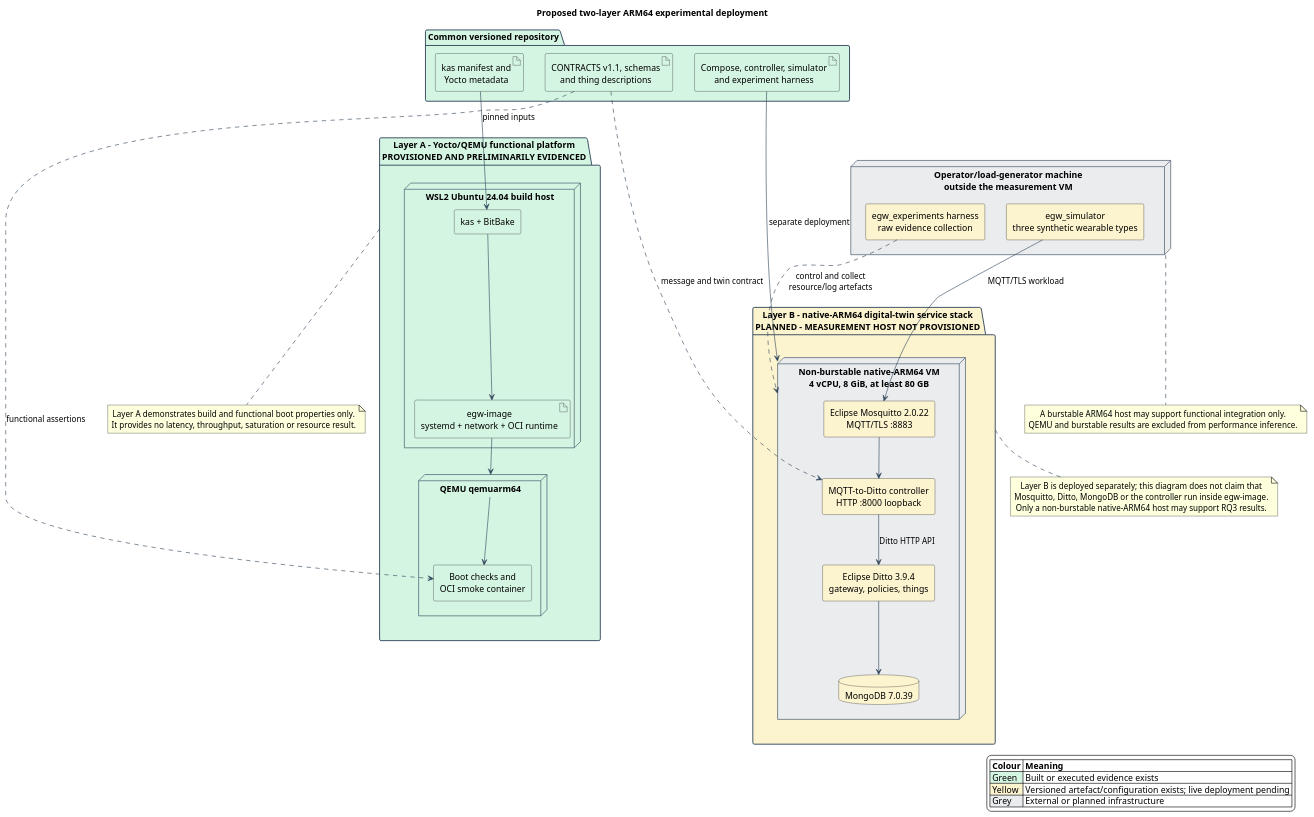
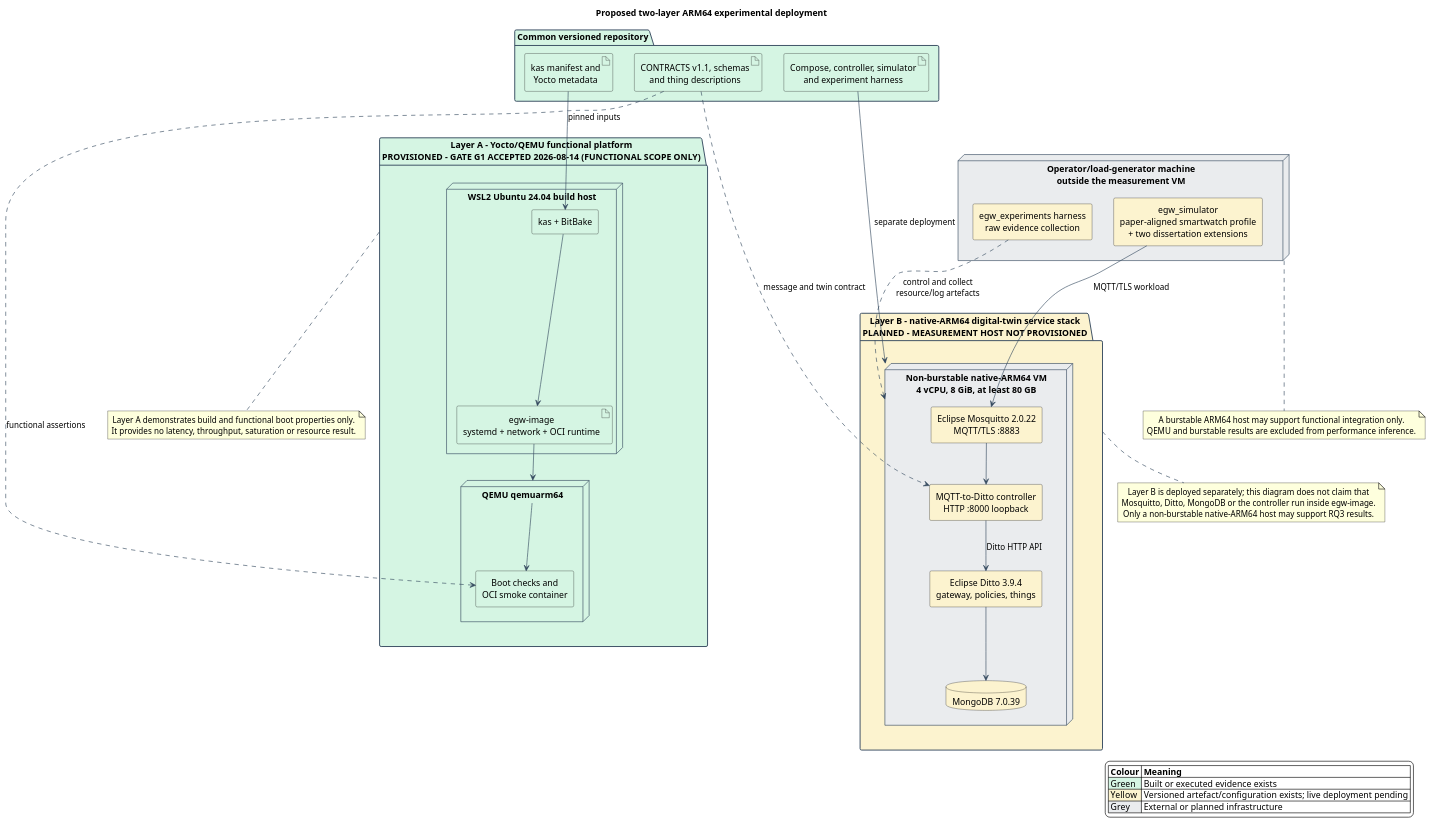
Before and after one commit to Ruisth/Tese_Mestrado: the diagram in diagrams/two_layer_experimental_deployment.puml, drawn with PlantUML. The commit also changed 18 other files, not shown here.

```diff
--- a/diagrams/two_layer_experimental_deployment.puml
+++ b/diagrams/two_layer_experimental_deployment.puml
@@ -1,82 +1,82 @@
 @startuml
 title Proposed two-layer ARM64 experimental deployment
 
 skinparam backgroundColor white
 skinparam shadowing false
 skinparam componentStyle rectangle
 skinparam defaultTextAlignment center
 skinparam ArrowColor #34495E
 skinparam packageBorderColor #34495E
 skinparam packageFontStyle bold
 
 legend right
   |= Colour |= Meaning |
   |<#D5F5E3> Green | Built or executed evidence exists |
   |<#FCF3CF> Yellow | Versioned artefact/configuration exists; live deployment pending |
   |<#EAECEE> Grey | External or planned infrastructure |
 endlegend
 
 folder "Common versioned repository" as Repo #D5F5E3 {
   artifact "kas manifest and\nYocto metadata" as Kas #D5F5E3
   artifact "CONTRACTS v1.1, schemas\nand thing descriptions" as Contracts #D5F5E3
   artifact "Compose, controller, simulator\nand experiment harness" as ServiceArtefacts #D5F5E3
 }
 
-package "Layer A - Yocto/QEMU functional platform\nPROVISIONED AND PRELIMINARILY EVIDENCED" as LAYERA #D5F5E3 {
+package "Layer A - Yocto/QEMU functional platform\nPROVISIONED - GATE G1 ACCEPTED 2026-08-14 (FUNCTIONAL SCOPE ONLY)" as LAYERA #D5F5E3 {
   node "WSL2 Ubuntu 24.04 build host" as BuildHost #D5F5E3 {
     component "kas + BitBake" as Bitbake #D5F5E3
     artifact "egw-image\nsystemd + network + OCI runtime" as Image #D5F5E3
   }
   node "QEMU qemuarm64" as Qemu #D5F5E3 {
     component "Boot checks and\nOCI smoke container" as BootChecks #D5F5E3
   }
 }
 
 package "Layer B - native-ARM64 digital-twin service stack\nPLANNED - MEASUREMENT HOST NOT PROVISIONED" as LAYERB #FCF3CF {
   node "Non-burstable native-ARM64 VM\n4 vCPU, 8 GiB, at least 80 GB" as ArmVm #EAECEE {
     component "Eclipse Mosquitto 2.0.22\nMQTT/TLS :8883" as Mosquitto #FCF3CF
     component "MQTT-to-Ditto controller\nHTTP :8000 loopback" as Controller #FCF3CF
     component "Eclipse Ditto 3.9.4\ngateway, policies, things" as Ditto #FCF3CF
     database "MongoDB 7.0.39" as Mongo #FCF3CF
   }
 }
 
 node "Operator/load-generator machine\noutside the measurement VM" as Operator #EAECEE {
-  component "egw_simulator\nthree synthetic wearable types" as Simulator #FCF3CF
+  component "egw_simulator\npaper-aligned smartwatch profile\n+ two dissertation extensions" as Simulator #FCF3CF
   component "egw_experiments harness\nraw evidence collection" as Harness #FCF3CF
 }
 
 Kas --> Bitbake : pinned inputs
 Bitbake --> Image
 Image --> Qemu
 Qemu --> BootChecks
 
 Contracts ..> BootChecks : functional assertions
 Contracts ..> Controller : message and twin contract
 ServiceArtefacts --> ArmVm : separate deployment
 
 Simulator --> Mosquitto : MQTT/TLS workload
 Mosquitto --> Controller
 Controller --> Ditto : Ditto HTTP API
 Ditto --> Mongo
 Harness ..> ArmVm : control and collect\nresource/log artefacts
 
 LAYERA -[hidden]-> LAYERB
 
 note bottom of LAYERA
   Layer A demonstrates build and functional boot properties only.
   It provides no latency, throughput, saturation or resource result.
 end note
 
 note bottom of LAYERB
   Layer B is deployed separately; this diagram does not claim that
   Mosquitto, Ditto, MongoDB or the controller run inside egw-image.
   Only a non-burstable native-ARM64 host may support RQ3 results.
 end note
 
 note bottom of Operator
   A burstable ARM64 host may support functional integration only.
   QEMU and burstable results are excluded from performance inference.
 end note
 
 @enduml
```
